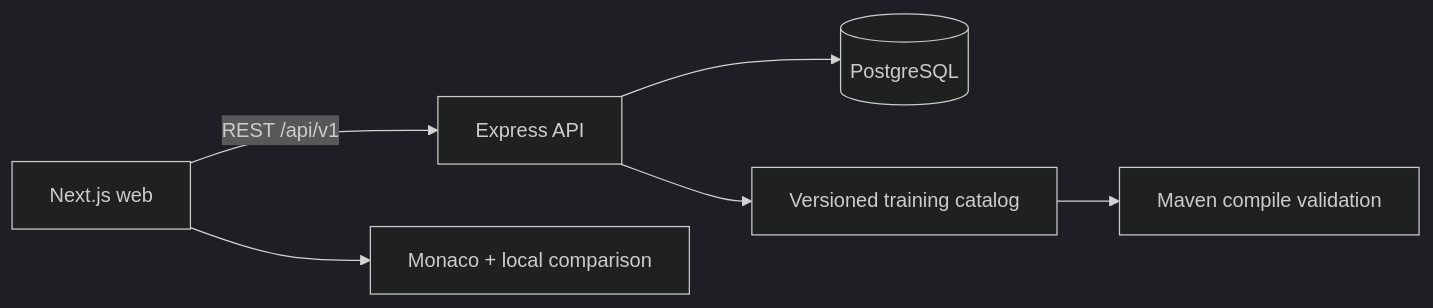
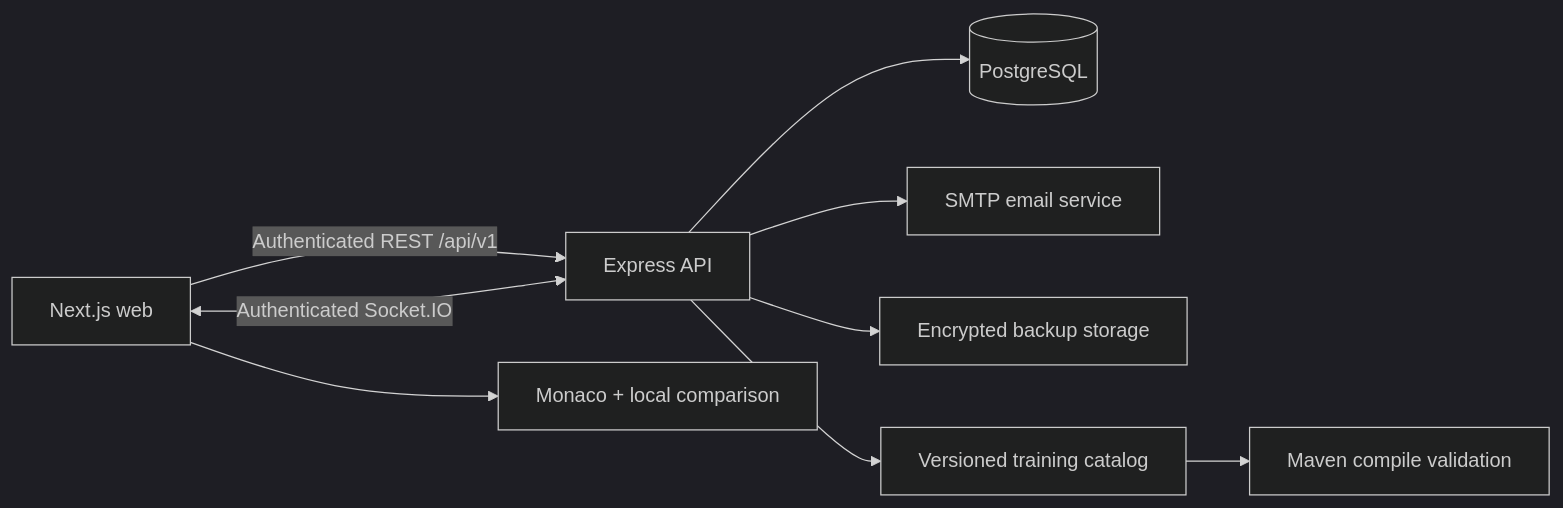
The diagram in README.md (muradiodev/codemuscle), drawn with Mermaid (dark theme) before and after one commit. The commit also changed other lines of this file and 1 other file, not shown here.

````diff
--- a/README.md
+++ b/README.md
@@ -19,8 +21,11 @@
 ```mermaid
 flowchart LR
-  B[Next.js web] -->|REST /api/v1| A[Express API]
+  B[Next.js web] -->|Authenticated REST /api/v1| A[Express API]
+  B <-->|Authenticated Socket.IO| A
   A --> P[(PostgreSQL)]
+  A --> E[SMTP email service]
+  A --> K[Encrypted backup storage]
   A --> C[Versioned training catalog]
   B --> M[Monaco + local comparison]
   C --> V[Maven compile validation]
 ```
````
